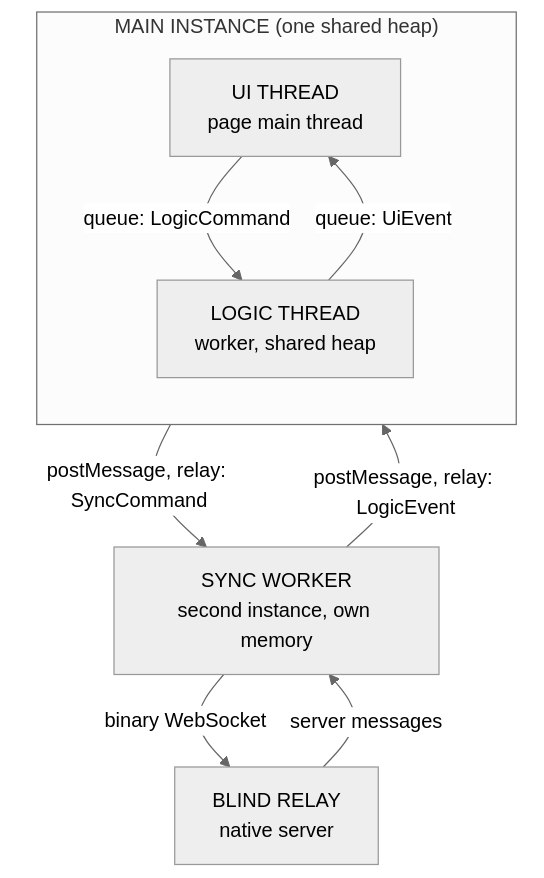
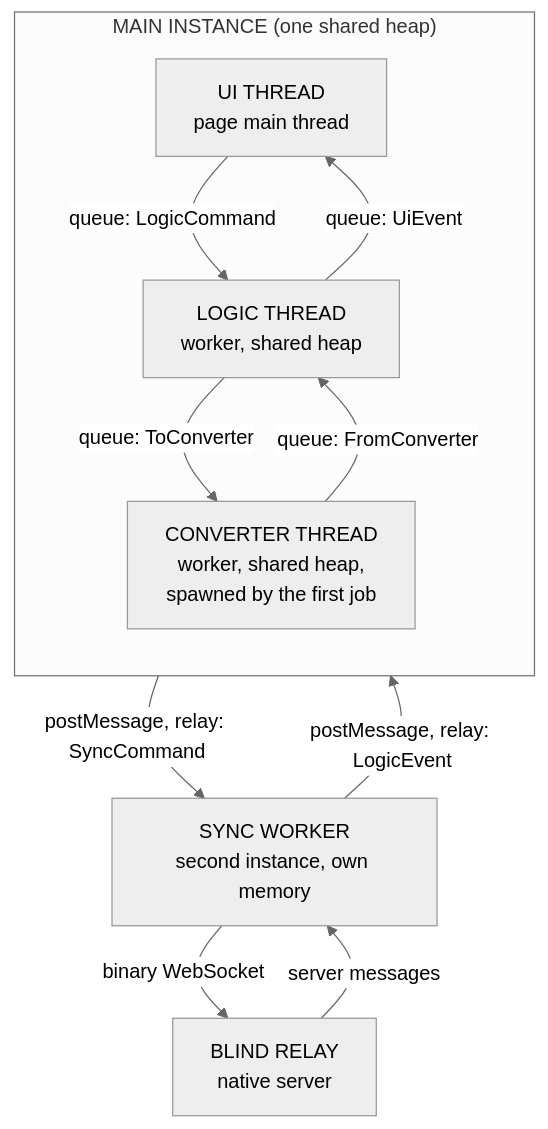
The diagram in specs/1-Foundations/ambre-spec-architecture.md (ambre-suite/ambre), drawn with Mermaid (neutral theme) before and after one commit. The commit also changed 1 other file, not shown here.

Commit message:
docs(architecture): draw the converter thread in the stack diagram
The tables of section 2 give the Main instance three threads, and the
diagram drew two. It now draws the converter thread inside the Main
instance, with its two queues to the Logic thread: ToConverter carries
the module bytes and the jobs, FromConverter the answers.

The node says the first job spawns the thread, as the pending change
to the boot order rules. The block renders under mermaid 11.

````diff
--- a/specs/1-Foundations/ambre-spec-architecture.md
+++ b/specs/1-Foundations/ambre-spec-architecture.md
@@ -221,16 +221,19 @@
 ```mermaid
 flowchart TB
     subgraph MAIN["MAIN INSTANCE (one shared heap)"]
         direction TB
         UI["UI THREAD<br/>page main thread"]
         LOGIC["LOGIC THREAD<br/>worker, shared heap"]
+        CONV["CONVERTER THREAD<br/>worker, shared heap,<br/>spawned by the first job"]
         UI -->|"queue: LogicCommand"| LOGIC
         LOGIC -->|"queue: UiEvent"| UI
+        LOGIC -->|"queue: ToConverter"| CONV
+        CONV -->|"queue: FromConverter"| LOGIC
     end
     SYNC["SYNC WORKER<br/>second instance, own memory"]
     RELAY["BLIND RELAY<br/>native server"]
     UI -->|"postMessage, relay: SyncCommand"| SYNC
     SYNC -->|"postMessage, relay: LogicEvent"| UI
     SYNC -->|"binary WebSocket"| RELAY
     RELAY -->|"server messages"| SYNC
 ```
````
